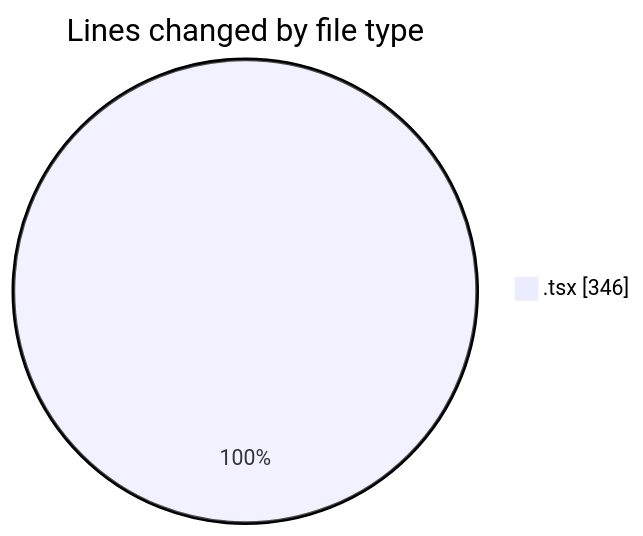
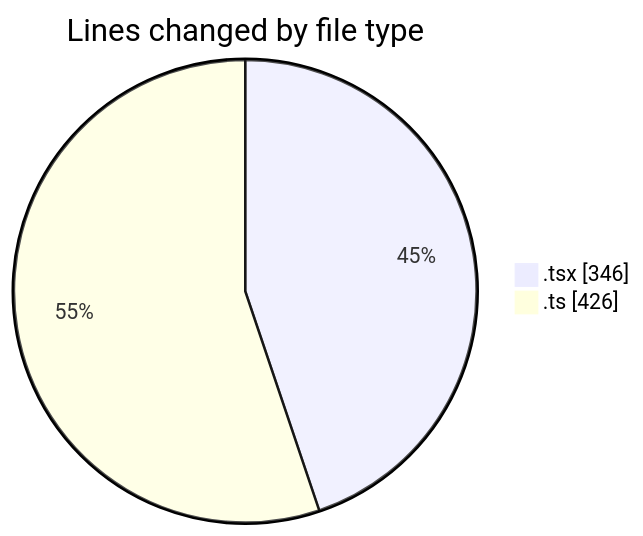
One commit to nxtqubesakshisongat/code-tracking changed the first of 2 diagrams in 2026-02-05/nxtqube_webapp/README.md. Above: the diagram before and after it, drawn with Mermaid. The commit also changed other lines of this file and 1 other file, not shown here.

````diff
--- a/2026-02-05/nxtqube_webapp/README.md
+++ b/2026-02-05/nxtqube_webapp/README.md
@@ -21,5 +22,6 @@
 ```mermaid
 pie showData
 title Lines changed by file type
 ".tsx" : 346
+".ts" : 426
 ```
````
